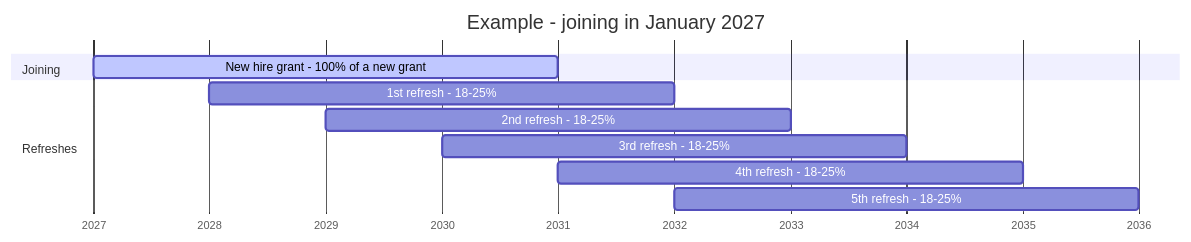
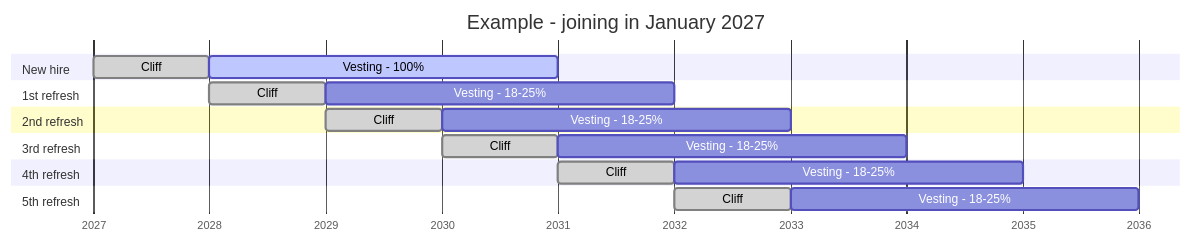
The diagram in contents/handbook/people/compensation.mdx (PostHog/posthog.com), drawn with Mermaid before and after one commit. The commit also changed other lines of this file, not shown here.

Commit message:
docs(handbook): show 1-year cliffs in equity refresh chart
Split each grant in the example chart into a 1-year cliff and a vesting period. Add a sentence that explains how the cliff works.

Task-Id: 4f6e1972-2a4a-4845-aff0-7ef939285b5a

````diff
--- a/contents/handbook/people/compensation.mdx
+++ b/contents/handbook/people/compensation.mdx
@@ -129,16 +129,29 @@
 ```mermaid
+---
+displayMode: compact
+---
 gantt
     title Example - joining in January 2027
     dateFormat YYYY-MM-DD
     axisFormat %Y
     tickInterval 1year
     todayMarker off
-    section Joining
-    New hire grant - 100% of a new grant : active, 2027-01-01, 2031-01-01
-    section Refreshes
-    1st refresh - 18-25% : 2028-01-01, 2032-01-01
-    2nd refresh - 18-25% : 2029-01-01, 2033-01-01
-    3rd refresh - 18-25% : 2030-01-01, 2034-01-01
-    4th refresh - 18-25% : 2031-01-01, 2035-01-01
-    5th refresh - 18-25% : 2032-01-01, 2036-01-01
+    section New hire
+    Cliff : done, 2027-01-01, 2028-01-01
+    Vesting - 100% : active, 2028-01-01, 2031-01-01
+    section 1st refresh
+    Cliff : done, 2028-01-01, 2029-01-01
+    Vesting - 18-25% : 2029-01-01, 2032-01-01
+    section 2nd refresh
+    Cliff : done, 2029-01-01, 2030-01-01
+    Vesting - 18-25% : 2030-01-01, 2033-01-01
+    section 3rd refresh
+    Cliff : done, 2030-01-01, 2031-01-01
+    Vesting - 18-25% : 2031-01-01, 2034-01-01
+    section 4th refresh
+    Cliff : done, 2031-01-01, 2032-01-01
+    Vesting - 18-25% : 2032-01-01, 2035-01-01
+    section 5th refresh
+    Cliff : done, 2032-01-01, 2033-01-01
+    Vesting - 18-25% : 2033-01-01, 2036-01-01
 ```
````
